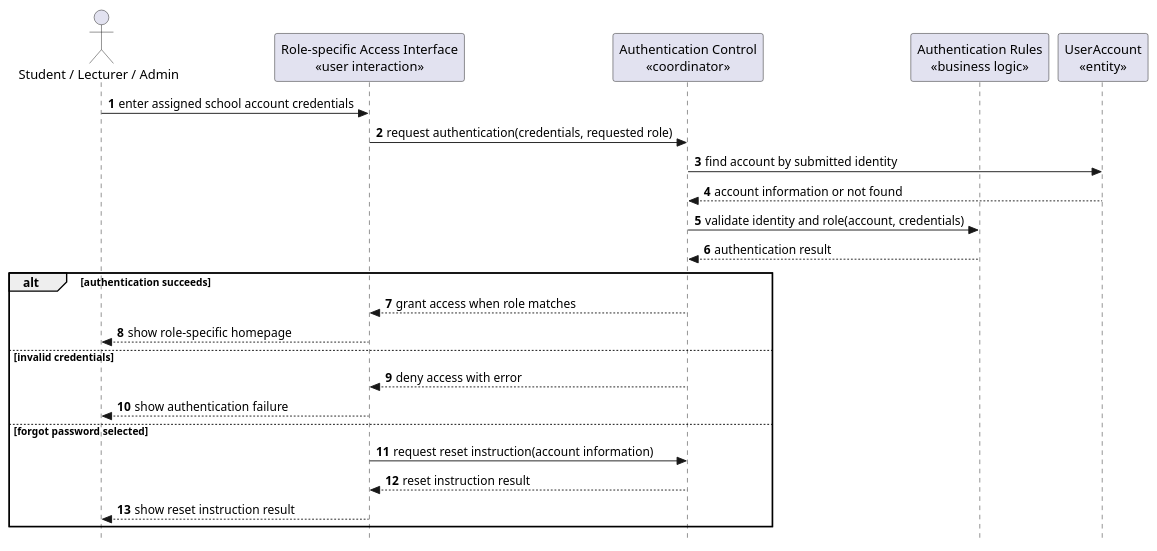
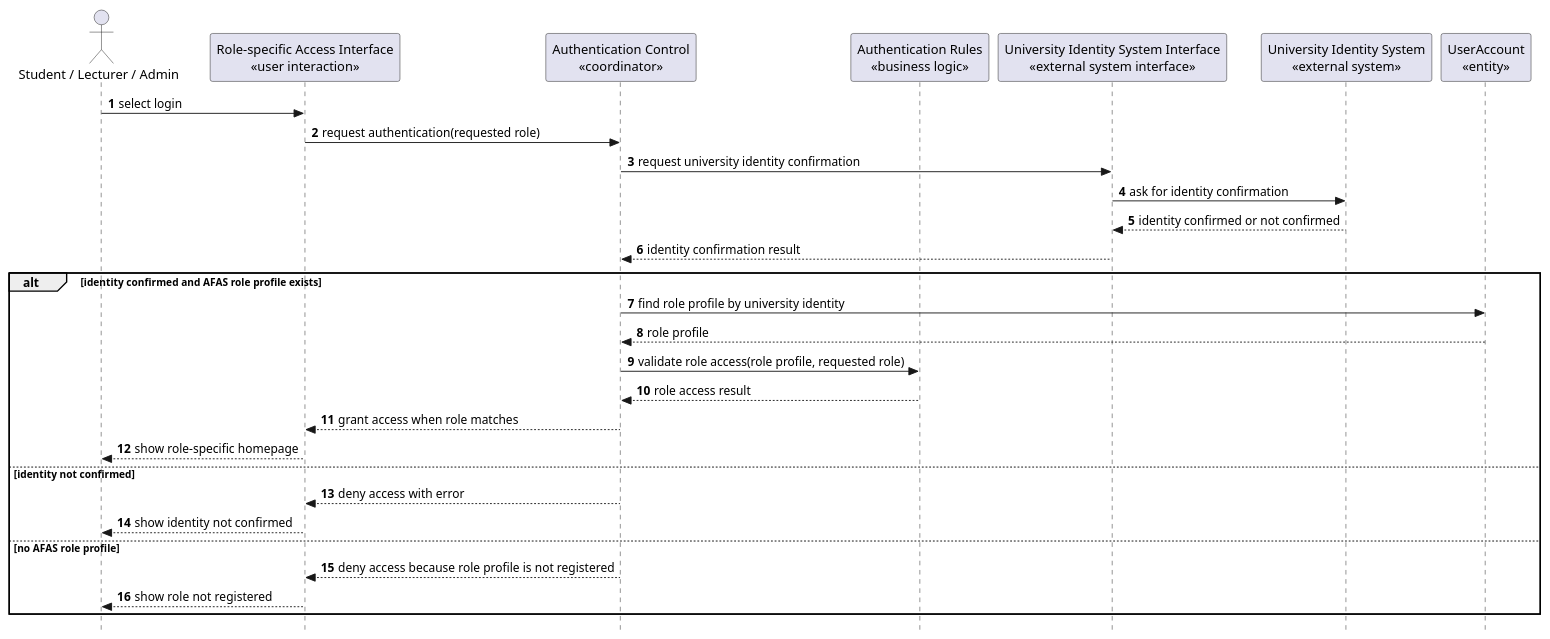
The seventh of 29 diagrams in docs/sds/2_Analysis.md (nttung42/SWD392), drawn with PlantUML before and after one commit. The commit also changed other lines of this file and 5 other files, not shown here.

````diff
--- a/docs/sds/2_Analysis.md
+++ b/docs/sds/2_Analysis.md
@@ -362,31 +368,36 @@
 ```plantuml
 @startuml
 skinparam style strictuml
 autonumber
 actor "Student / Lecturer / Admin" as User
 participant "Role-specific Access Interface\n«user interaction»" as AccessUI
 participant "Authentication Control\n«coordinator»" as AuthControl
 participant "Authentication Rules\n«business logic»" as AuthRules
+participant "University Identity System Interface\n«external system interface»" as UISInterface
+participant "University Identity System\n«external system»" as UIS
 participant "UserAccount\n«entity»" as UserAccount
 
-User -> AccessUI : enter assigned school account credentials
-AccessUI -> AuthControl : request authentication(credentials, requested role)
+User -> AccessUI : select login
+AccessUI -> AuthControl : request authentication(requested role)
 
-AuthControl -> UserAccount : find account by submitted identity
-UserAccount --> AuthControl : account information or not found
-AuthControl -> AuthRules : validate identity and role(account, credentials)
-AuthRules --> AuthControl : authentication result
+AuthControl -> UISInterface : request university identity confirmation
+UISInterface -> UIS : ask for identity confirmation
+UIS --> UISInterface : identity confirmed or not confirmed
+UISInterface --> AuthControl : identity confirmation result
 
-alt authentication succeeds
+alt identity confirmed and AFAS role profile exists
+  AuthControl -> UserAccount : find role profile by university identity
+  UserAccount --> AuthControl : role profile
+  AuthControl -> AuthRules : validate role access(role profile, requested role)
+  AuthRules --> AuthControl : role access result
   AuthControl --> AccessUI : grant access when role matches
   AccessUI --> User : show role-specific homepage
-else invalid credentials
+else identity not confirmed
   AuthControl --> AccessUI : deny access with error
-  AccessUI --> User : show authentication failure
-else forgot password selected
-  AccessUI -> AuthControl : request reset instruction(account information)
-  AuthControl --> AccessUI : reset instruction result
-  AccessUI --> User : show reset instruction result
+  AccessUI --> User : show identity not confirmed
+else no AFAS role profile
+  AuthControl --> AccessUI : deny access because role profile is not registered
+  AccessUI --> User : show role not registered
 end
 @enduml
 ```
````
